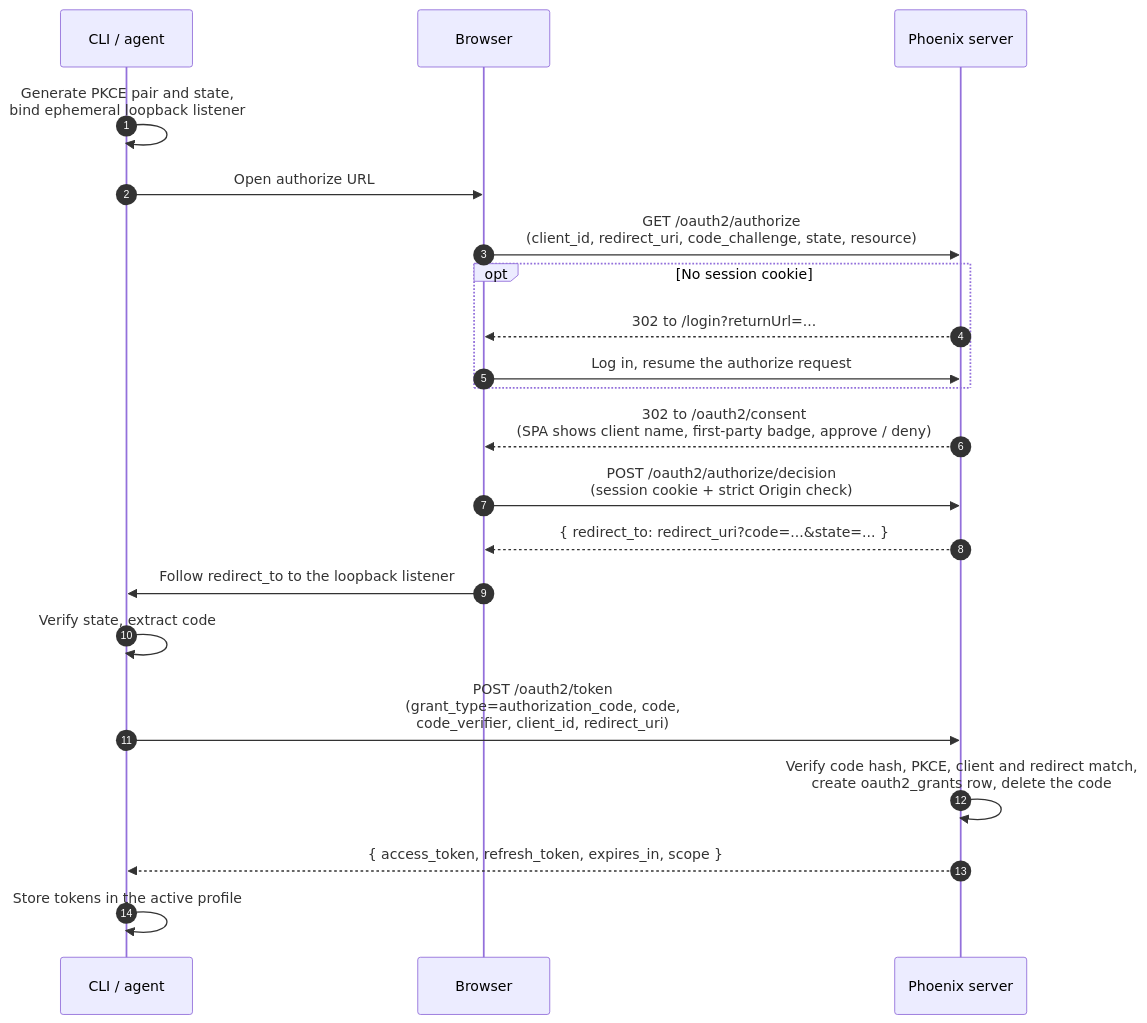
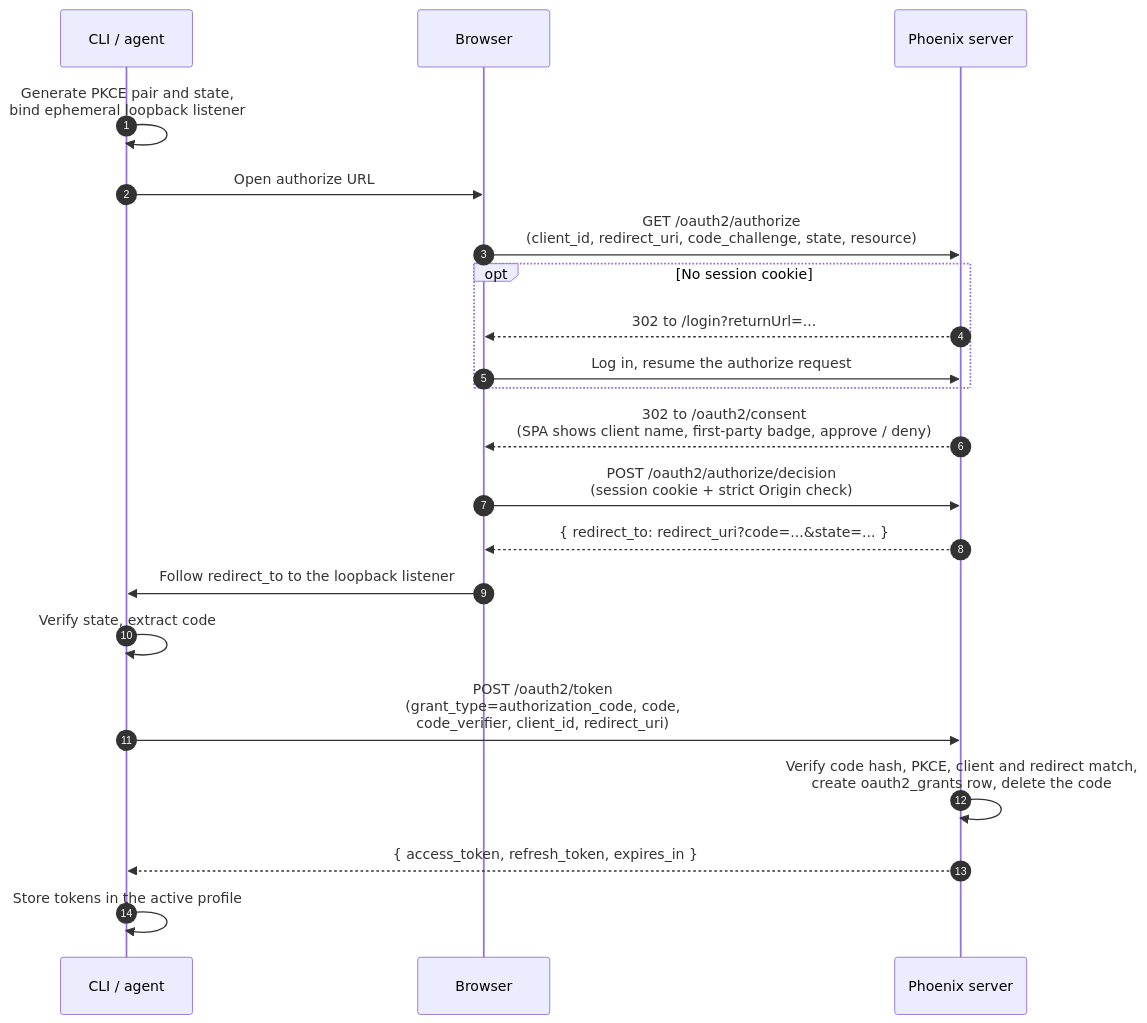
Before and after one commit to Arize-ai/phoenix: the first of 2 diagrams in internal_docs/specs/oauth2-authorization-server.md, drawn with Mermaid. The commit also changed other lines of this file and 18 other files, not shown here.

````diff
--- a/internal_docs/specs/oauth2-authorization-server.md
+++ b/internal_docs/specs/oauth2-authorization-server.md
@@ -114,24 +114,24 @@
 ```mermaid
 sequenceDiagram
     autonumber
     participant CLI as CLI / agent
     participant Browser
     participant Phoenix as Phoenix server
 
     CLI->>CLI: Generate PKCE pair and state,<br/>bind ephemeral loopback listener
     CLI->>Browser: Open authorize URL
     Browser->>Phoenix: GET /oauth2/authorize<br/>(client_id, redirect_uri, code_challenge, state, resource)
     opt No session cookie
         Phoenix-->>Browser: 302 to /login?returnUrl=...
         Browser->>Phoenix: Log in, resume the authorize request
     end
     Phoenix-->>Browser: 302 to /oauth2/consent<br/>(SPA shows client name, first-party badge, approve / deny)
     Browser->>Phoenix: POST /oauth2/authorize/decision<br/>(session cookie + strict Origin check)
     Phoenix-->>Browser: { redirect_to: redirect_uri?code=...&state=... }
     Browser->>CLI: Follow redirect_to to the loopback listener
     CLI->>CLI: Verify state, extract code
     CLI->>Phoenix: POST /oauth2/token<br/>(grant_type=authorization_code, code,<br/>code_verifier, client_id, redirect_uri)
     Phoenix->>Phoenix: Verify code hash, PKCE, client and redirect match,<br/>create oauth2_grants row, delete the code
-    Phoenix-->>CLI: { access_token, refresh_token, expires_in, scope }
+    Phoenix-->>CLI: { access_token, refresh_token, expires_in }
     CLI->>CLI: Store tokens in the active profile
 ```
````
